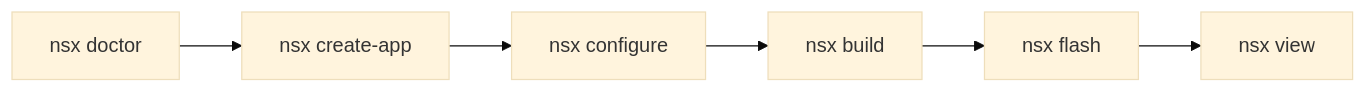
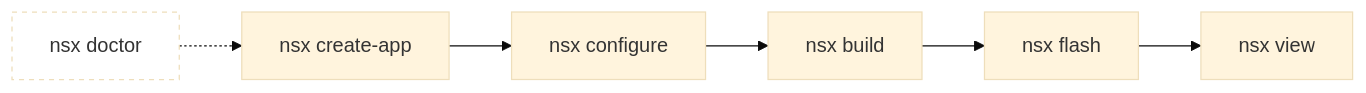
Before and after one commit to AmbiqAI/neuralspotx: the diagram in docs/getting-started/first-app.md, drawn with Mermaid (base theme). The commit also changed other lines of this file and 33 other files, not shown here.

````diff
--- a/docs/getting-started/first-app.md
+++ b/docs/getting-started/first-app.md
@@ -15,8 +20,9 @@
 ```mermaid
 flowchart LR
-    A["nsx doctor"] --> B["nsx create-app"]
+    A["nsx doctor"]:::pre -.-> B["nsx create-app"]
     B --> C["nsx configure"]
     C --> D["nsx build"]
     D --> E["nsx flash"]
     E --> F["nsx view"]
+    classDef pre fill:#0000,stroke-dasharray:4 4;
 ```
````
